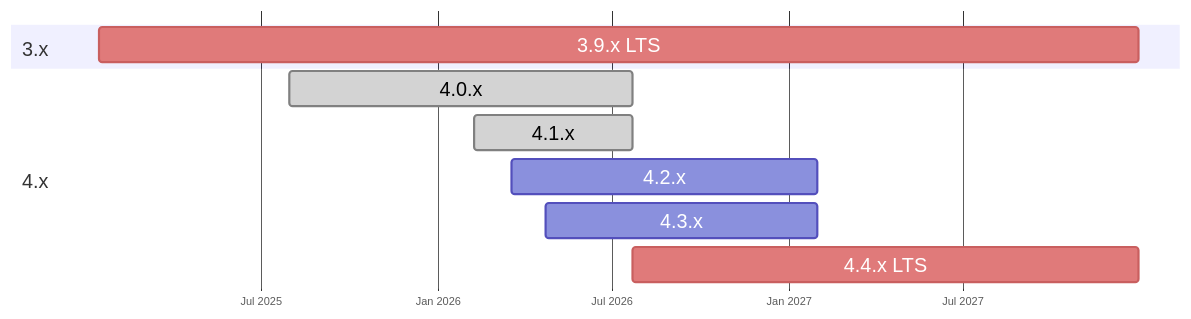
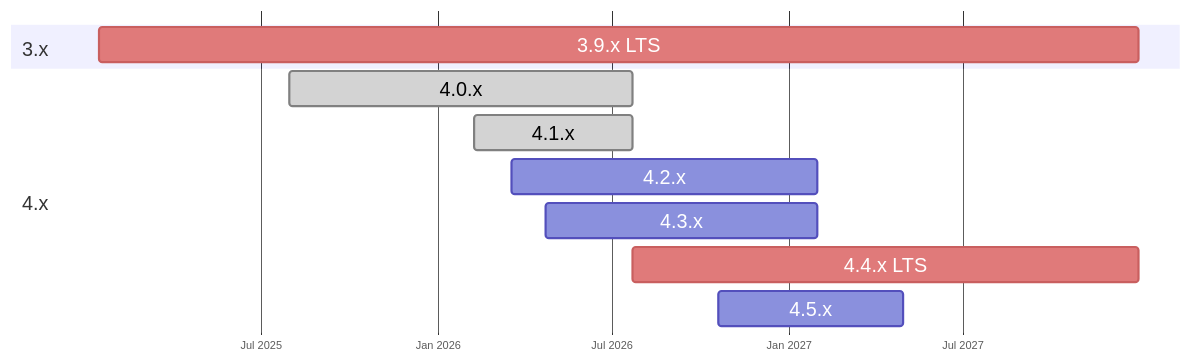
One commit to poweradmin/poweradmin-docs changed the first of 2 diagrams in docs/getting-started/lifecycle.md. Above: the diagram before and after it, drawn with Mermaid. The commit also changed 2 other files, not shown here.

Commit message:
docs: add 4.5.x to the release-line chart and refresh the current release examples

````diff
--- a/docs/getting-started/lifecycle.md
+++ b/docs/getting-started/lifecycle.md
@@ -37,18 +37,19 @@
 ```mermaid
 %%{init: {'themeCSS': 'text { font-family: var(--md-mermaid-font-family); } .tick text { font-size: 16px; }', 'gantt': {'fontSize': 18, 'sectionFontSize': 18, 'barHeight': 32, 'barGap': 8, 'leftPadding': 80}, 'themeVariables': {'critBkgColor': '#e07a7a', 'critBorderColor': '#c95f5f'}}}%%
 gantt
     dateFormat YYYY-MM-DD
     axisFormat %b %Y
     tickInterval 6month
     todayMarker on
 
     section 3.x
     3.9.x LTS              :crit, 2025-01-14, 2027-12-31
 
     section 4.x
     4.0.x                  :done, 2025-07-31, 2026-07-23
     4.1.x                  :done, 2026-02-08, 2026-07-23
     4.2.x                  :2026-03-19, 2027-01-31
     4.3.x                  :2026-04-23, 2027-01-31
     4.4.x LTS              :crit, 2026-07-23, 2027-12-31
+    4.5.x                  :2026-10-20, 2027-04-30
 ```
````
